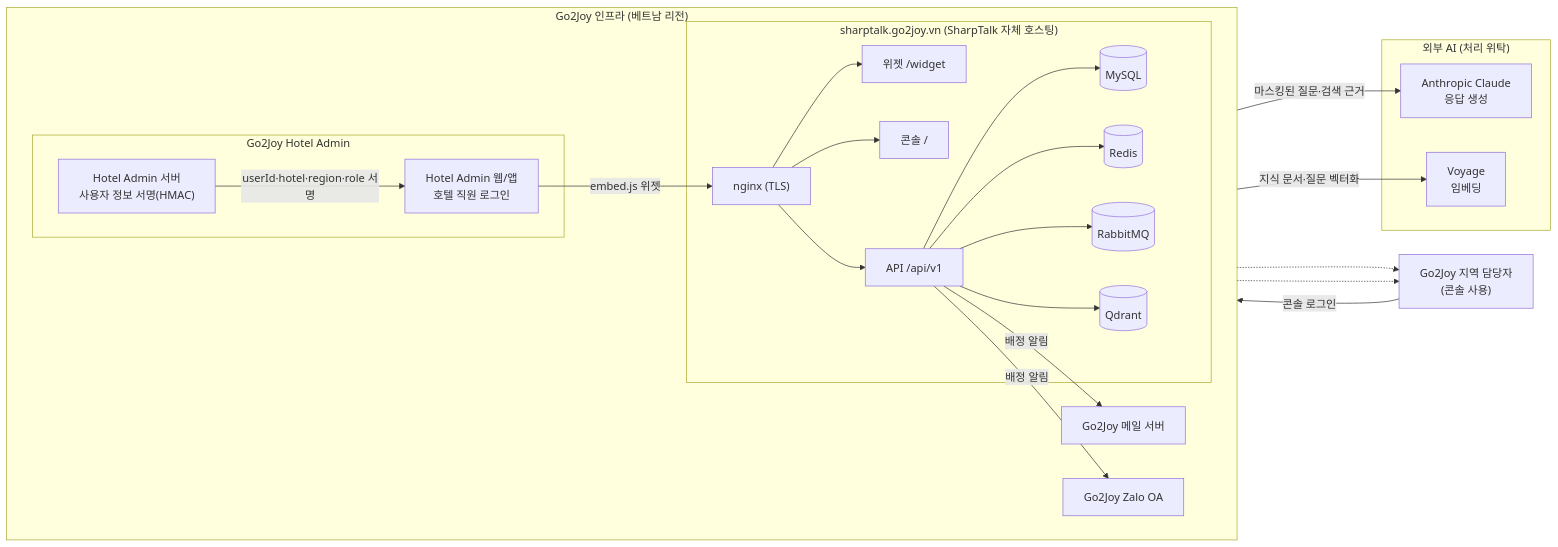
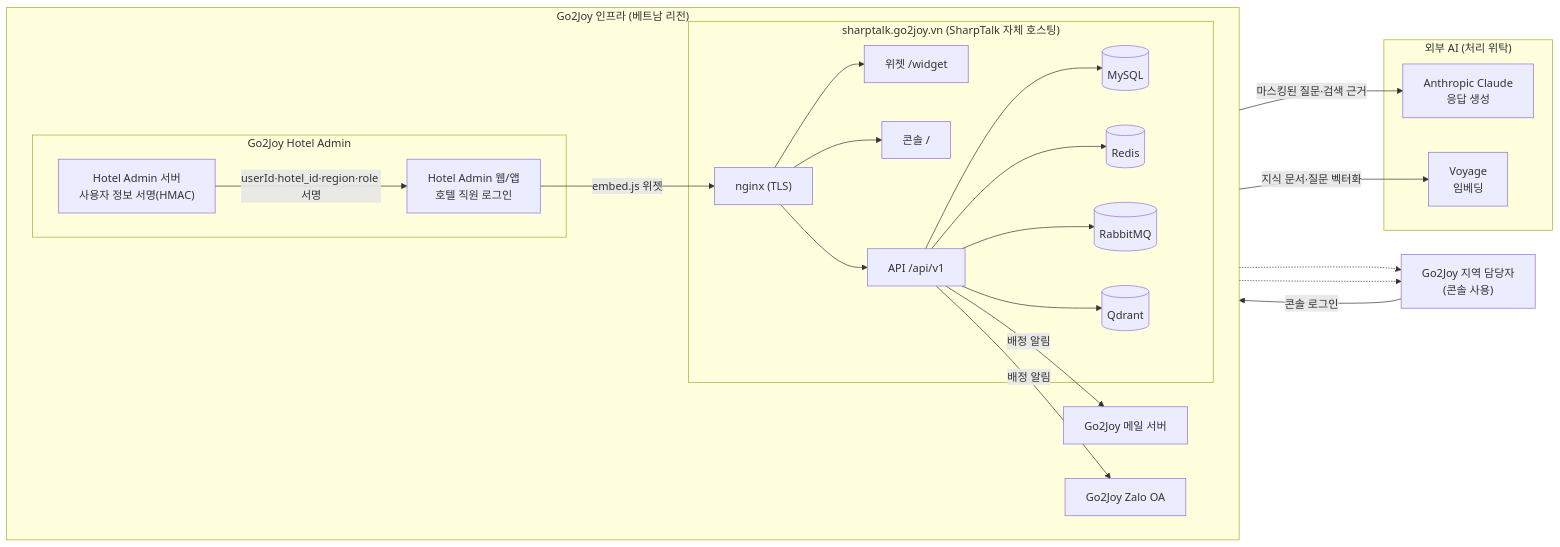
One commit to amoeba-group/btbz-sharp-talk changed the third of 15 diagrams in docs/plan/PLN-261015-SharpTalk-for-Go2Joy-Project-Plan.md. Above: the diagram before and after it, drawn with Mermaid. The commit also changed other lines of this file and 4 other files, not shown here.

````diff
--- a/docs/plan/PLN-261015-SharpTalk-for-Go2Joy-Project-Plan.md
+++ b/docs/plan/PLN-261015-SharpTalk-for-Go2Joy-Project-Plan.md
@@ -158,38 +177,38 @@
 ```mermaid
 flowchart LR
   subgraph G2J["Go2Joy 인프라 (베트남 리전)"]
     direction LR
     subgraph HA["Go2Joy Hotel Admin"]
       HAW["Hotel Admin 웹/앱<br/>호텔 직원 로그인"]
       HAB["Hotel Admin 서버<br/>사용자 정보 서명(HMAC)"]
     end
     subgraph ST["sharptalk.go2joy.vn (SharpTalk 자체 호스팅)"]
       NG["nginx (TLS)"]
       WID["위젯 /widget"]
       WEB["콘솔 /"]
       API["API /api/v1"]
       DB[("MySQL")]
       RD[("Redis")]
       MQ[("RabbitMQ")]
       QD[("Qdrant")]
     end
     SMTP["Go2Joy 메일 서버"]
     ZOA["Go2Joy Zalo OA"]
   end
   subgraph EXT["외부 AI (처리 위탁)"]
     LLM["Anthropic Claude<br/>응답 생성"]
     EMBD["Voyage<br/>임베딩"]
   end
   CS["Go2Joy 지역 담당자<br/>(콘솔 사용)"]
 
   HAW -- "embed.js 위젯" --> NG
-  HAB -- "userId·hotel·region·role 서명" --> HAW
+  HAB -- "userId·hotel_id·region·role 서명" --> HAW
   NG --> WID & WEB & API
   API --> DB & RD & MQ & QD
   API -- "마스킹된 질문·검색 근거" --> LLM
   API -- "지식 문서·질문 벡터화" --> EMBD
   API -- "배정 알림" --> SMTP & ZOA
   CS -- "콘솔 로그인" --> WEB
   SMTP -.-> CS
   ZOA -.-> CS
 ```
````
